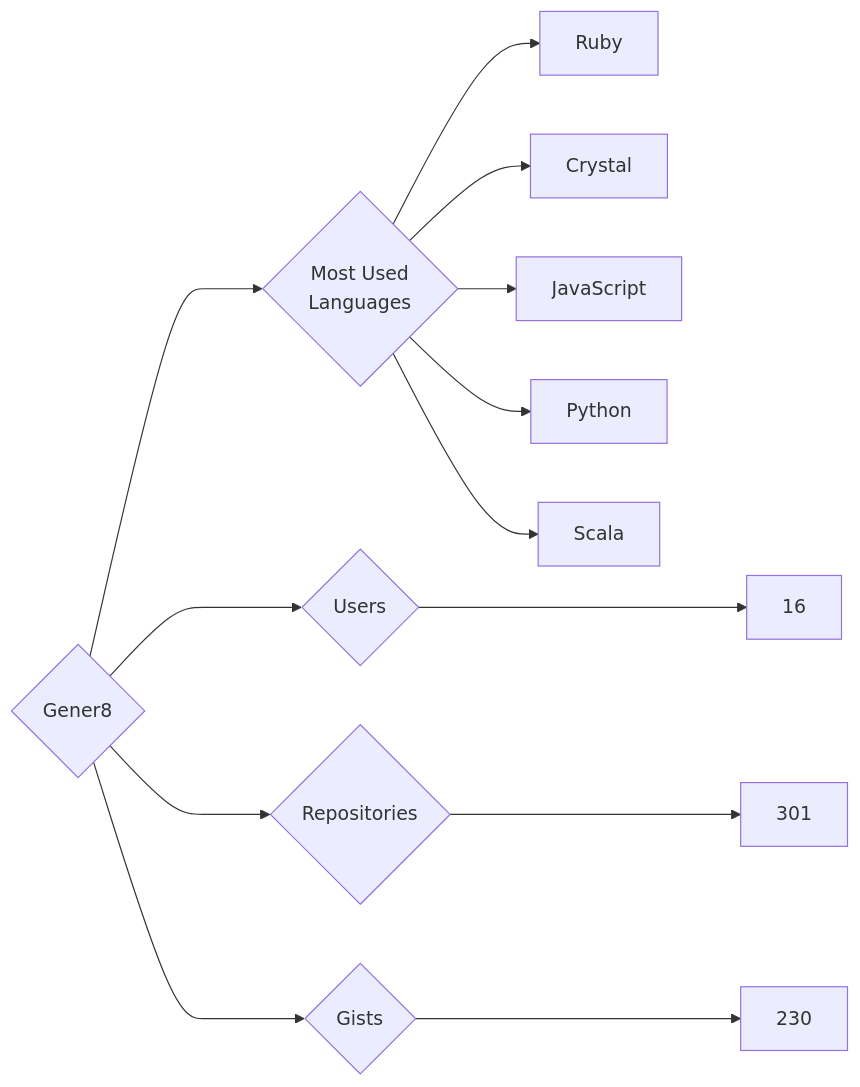
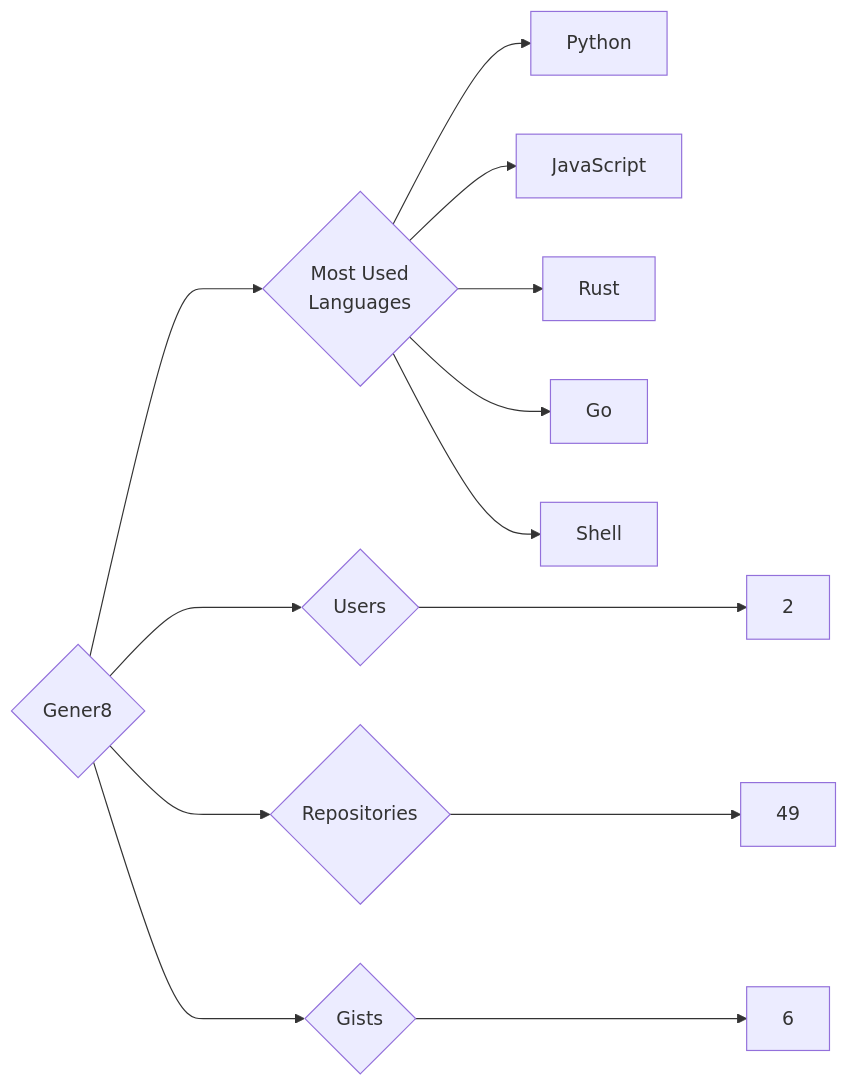
One commit to trickest/insiders changed the diagram in targets/Gener8/README.md. Above: the diagram before and after it, drawn with Mermaid. The commit also changed 1084 other files, not shown here.

````diff
--- a/targets/Gener8/README.md
+++ b/targets/Gener8/README.md
@@ -3,13 +3,13 @@
 ```mermaid
 graph LR
 COMPANY_NAME{Gener8}
-COMPANY_NAME ---> U{Users} ---> UN[16]
-COMPANY_NAME ---> R{Repositories} ---> RN[301]
-COMPANY_NAME ---> G{Gists} ---> GN[230]
+COMPANY_NAME ---> U{Users} ---> UN[2]
+COMPANY_NAME ---> R{Repositories} ---> RN[49]
+COMPANY_NAME ---> G{Gists} ---> GN[6]
 COMPANY_NAME ---> ML{Most Used<br>Languages}
-ML --> Ruby[Ruby]
-ML --> Crystal[Crystal]
+ML --> Python[Python]
 ML --> JavaScript[JavaScript]
-ML --> Python[Python]
-ML --> Scala[Scala]
+ML --> Rust[Rust]
+ML --> Go[Go]
+ML --> Shell[Shell]
 ```
````
